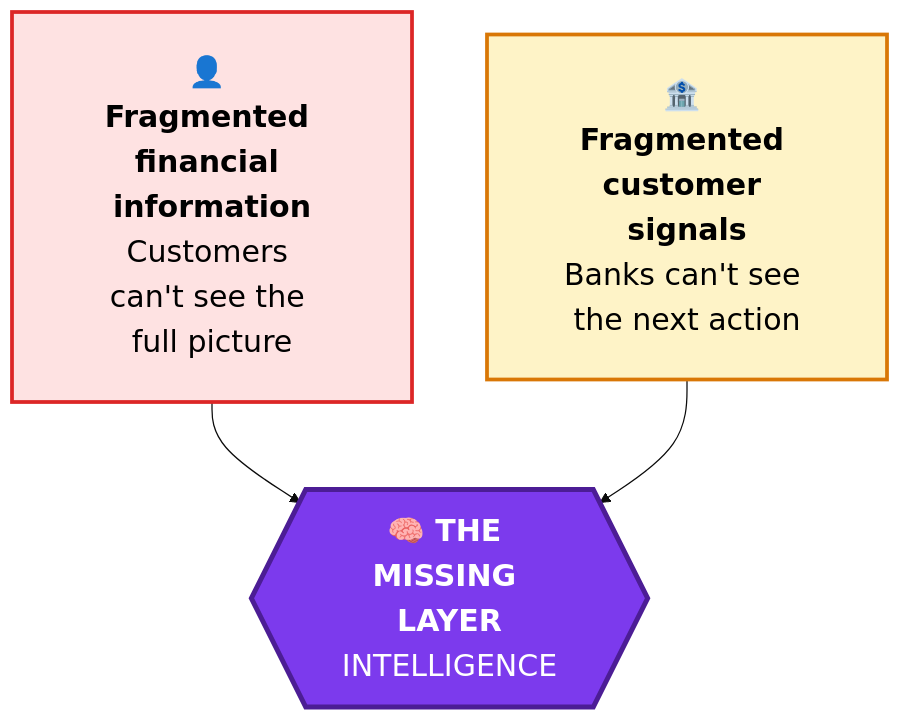
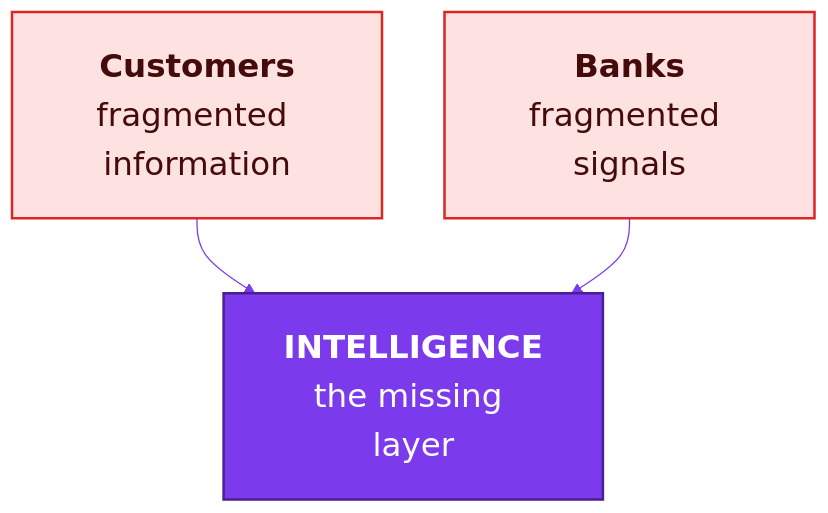
The third of 13 diagrams in README.md (Mansi232323/MANSHORA), drawn with Mermaid before and after one commit. The commit also changed other lines of this file, not shown here.

````diff
--- a/README.md
+++ b/README.md
@@ -187,12 +147,13 @@
 ```mermaid
-%%{init: {'theme':'base','themeVariables':{'fontSize':'24px'},'flowchart':{'nodeSpacing':60,'rankSpacing':70,'padding':30,'htmlLabels':true}}}%%
+%%{init: {'theme':'base','themeVariables':{'fontSize':'26px','lineColor':'#7c3aed'},'flowchart':{'nodeSpacing':50,'rankSpacing':60,'padding':24,'htmlLabels':true}}}%%
 flowchart TB
-    C["<b>👤 Fragmented financial information</b><br/>Customers can't see the full picture"]
-    B["<b>🏦 Fragmented customer signals</b><br/>Banks can't see the next action"]
-    M{{"<b>🧠 THE MISSING LAYER</b><br/>INTELLIGENCE"}}
+    C["<b>Customers</b><br/>fragmented information"]
+    B["<b>Banks</b><br/>fragmented signals"]
+    M["<b>INTELLIGENCE</b><br/>the missing layer"]
     C --> M
     B --> M
-    style C fill:#fee2e2,stroke:#dc2626,stroke-width:3px,color:#000
-    style B fill:#fef3c7,stroke:#d97706,stroke-width:3px,color:#000
-    style M fill:#7c3aed,stroke:#4c1d95,stroke-width:4px,color:#fff
+    classDef problem fill:#fee2e2,stroke:#dc2626,stroke-width:2px,color:#450a0a
+    classDef answer fill:#7c3aed,stroke:#4c1d95,stroke-width:2px,color:#ffffff
+    class C,B problem
+    class M answer
 ```
````
